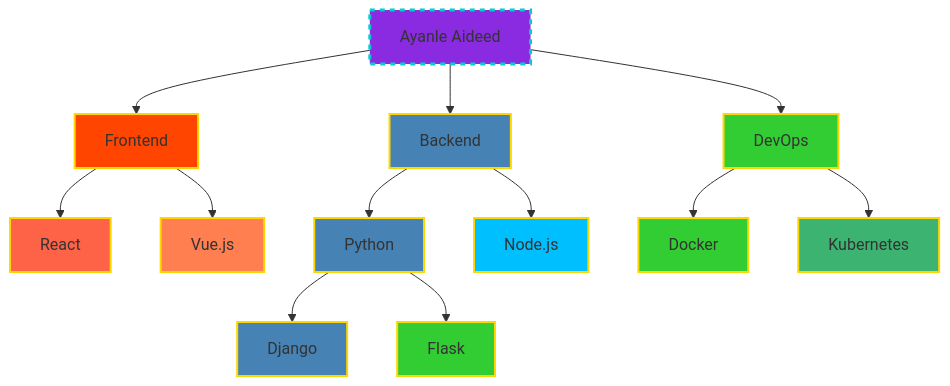
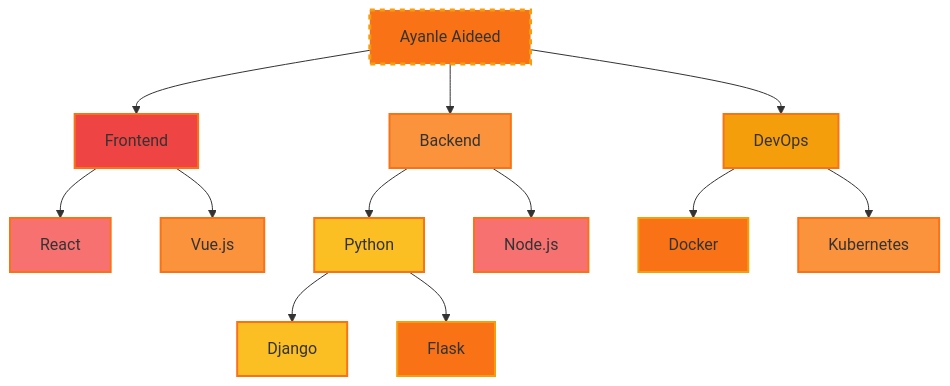
One commit to Ayanleaideed/Ayanleaideed changed the diagram in README.md. Above: the diagram before and after it, drawn with Mermaid. The commit also changed other lines of this file, not shown here.

````diff
--- a/README.md
+++ b/README.md
@@ -95,27 +94,27 @@
 ```mermaid
-graph TD
+ graph TD
       A[Ayanle Aideed] --> B[Frontend]
       A --> C[Backend]
       A --> D[DevOps]
       B --> E[React]
       B --> F[Vue.js]
       C --> G[Python]
       C --> H[Node.js]
       D --> I[Docker]
       D --> J[Kubernetes]
       G --> L[Django]
       G --> M[Flask]
 
-      style A fill:#8A2BE2,stroke:#00CED1,stroke-width:3px,stroke-dasharray: 5 5
-      style B fill:#FF4500,stroke:#FFD700,stroke-width:2px
-      style C fill:#4682B4,stroke:#FFD700,stroke-width:2px
-      style D fill:#32CD32,stroke:#FFD700,stroke-width:2px
-      style E fill:#FF6347,stroke:#FFD700,stroke-width:2px
-      style F fill:#FF7F50,stroke:#FFD700,stroke-width:2px
-      style G fill:#4682B4,stroke:#FFD700,stroke-width:2px
-      style H fill:#00BFFF,stroke:#FFD700,stroke-width:2px
-      style I fill:#32CD32,stroke:#FFD700,stroke-width:2px
-      style J fill:#3CB371,stroke:#FFD700,stroke-width:2px
-      style L fill:#4682B4,stroke:#FFD700,stroke-width:2px
-      style M fill:#32CD32,stroke:#FFD700,stroke-width:2px
+      style A fill:#F97316,stroke:#F59E0B,stroke-width:3px,stroke-dasharray: 5 5
+      style B fill:#EF4444,stroke:#F97316,stroke-width:2px
+      style C fill:#FB923C,stroke:#F97316,stroke-width:2px
+      style D fill:#F59E0B,stroke:#F97316,stroke-width:2px
+      style E fill:#F87171,stroke:#F97316,stroke-width:2px
+      style F fill:#FB923C,stroke:#F97316,stroke-width:2px
+      style G fill:#FBBF24,stroke:#F97316,stroke-width:2px
+      style H fill:#F87171,stroke:#F97316,stroke-width:2px
+      style I fill:#F97316,stroke:#F59E0B,stroke-width:2px
+      style J fill:#FB923C,stroke:#F97316,stroke-width:2px
+      style L fill:#FBBF24,stroke:#F97316,stroke-width:2px
+      style M fill:#F97316,stroke:#F59E0B,stroke-width:2px
 ```
````
